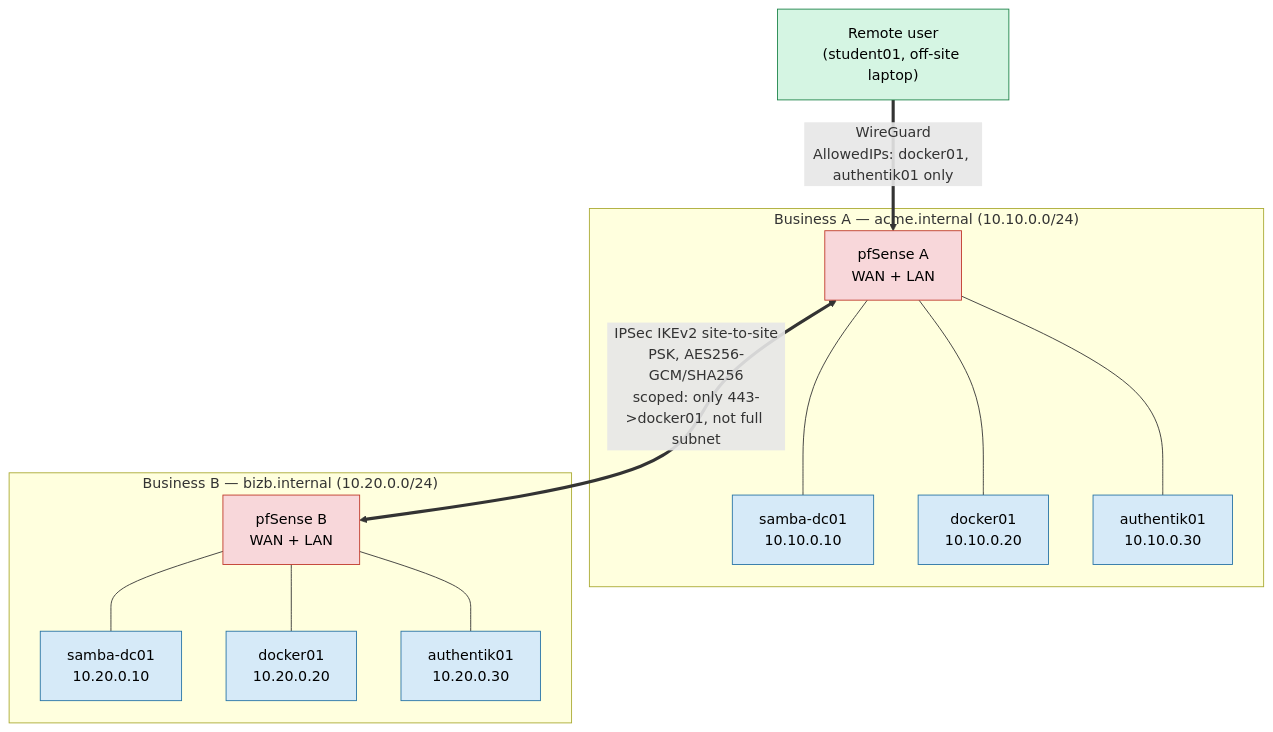
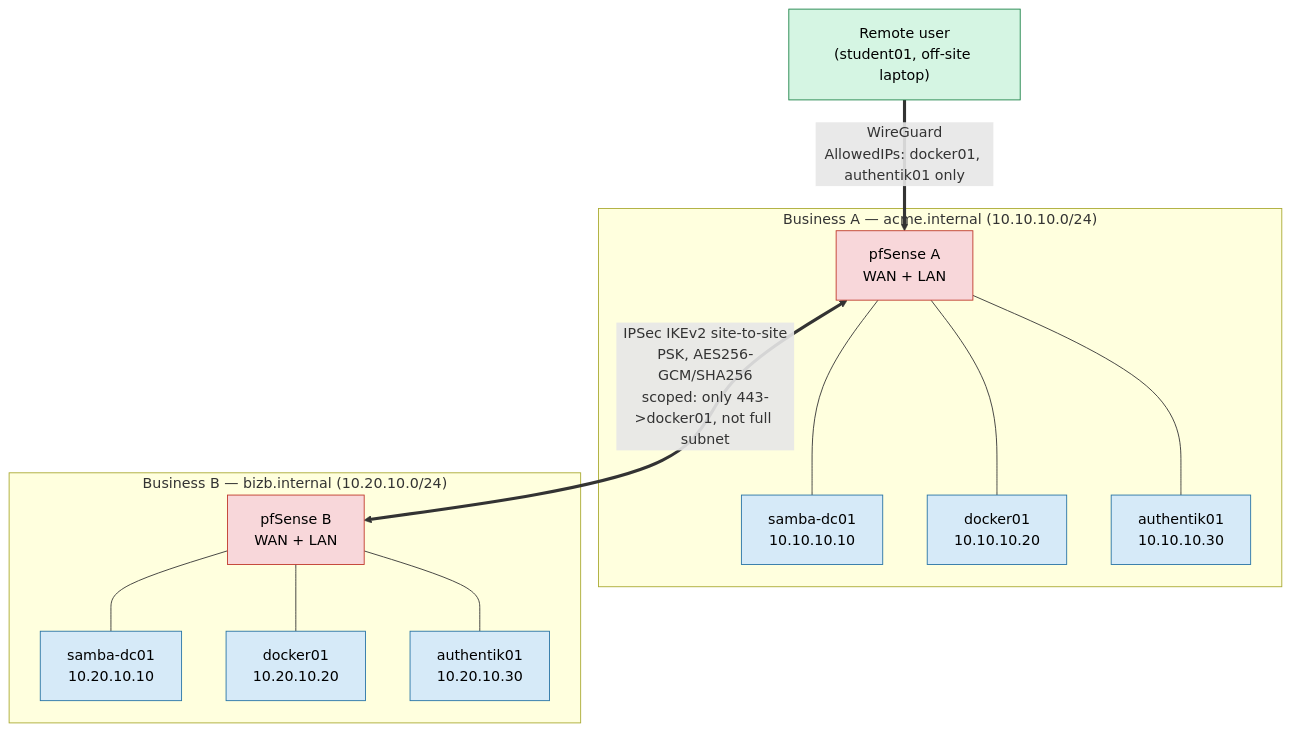
The diagram in diagrams/federation-topology.md (LibreOpsLab/lab-small-business), drawn with Mermaid before and after one commit. The commit also changed other lines of this file and 48 other files, not shown here.

````diff
--- a/diagrams/federation-topology.md
+++ b/diagrams/federation-topology.md
@@ -8,35 +8,35 @@
 ```mermaid
 flowchart TB
-    subgraph BizA["Business A — acme.internal (10.10.0.0/24)"]
+    subgraph BizA["Business A — acme.internal (10.10.10.0/24)"]
         PFA["pfSense A\nWAN + LAN"]
-        DCA["samba-dc01\n10.10.0.10"]
-        APPA["docker01\n10.10.0.20"]
-        AKA["authentik01\n10.10.0.30"]
+        DCA["samba-dc01\n10.10.10.10"]
+        APPA["docker01\n10.10.10.20"]
+        AKA["authentik01\n10.10.10.30"]
     end
 
-    subgraph BizB["Business B — bizb.internal (10.20.0.0/24)"]
+    subgraph BizB["Business B — bizb.internal (10.20.10.0/24)"]
         PFB["pfSense B\nWAN + LAN"]
-        DCB["samba-dc01\n10.20.0.10"]
-        APPB["docker01\n10.20.0.20"]
-        AKB["authentik01\n10.20.0.30"]
+        DCB["samba-dc01\n10.20.10.10"]
+        APPB["docker01\n10.20.10.20"]
+        AKB["authentik01\n10.20.10.30"]
     end
 
     REMOTE["Remote user\n(student01, off-site laptop)"]
 
     PFA <==>|"IPSec IKEv2 site-to-site\nPSK, AES256-GCM/SHA256\nscoped: only 443->docker01, not full subnet"| PFB
     REMOTE ==>|"WireGuard\nAllowedIPs: docker01, authentik01 only"| PFA
 
     PFA --- DCA
     PFA --- APPA
     PFA --- AKA
     PFB --- DCB
     PFB --- APPB
     PFB --- AKB
 
     classDef fw fill:#f8d7da,stroke:#c0392b,color:#000
     classDef infra fill:#d6eaf8,stroke:#2874a6,color:#000
     classDef remote fill:#d5f5e3,stroke:#1e8449,color:#000
     class PFA,PFB fw
     class DCA,APPA,AKA,DCB,APPB,AKB infra
     class REMOTE remote
 ```
````
